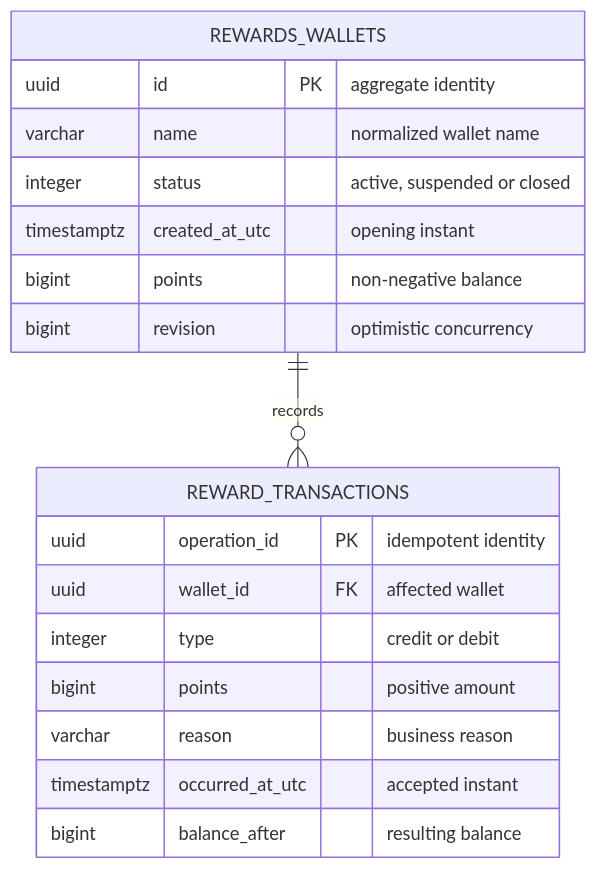
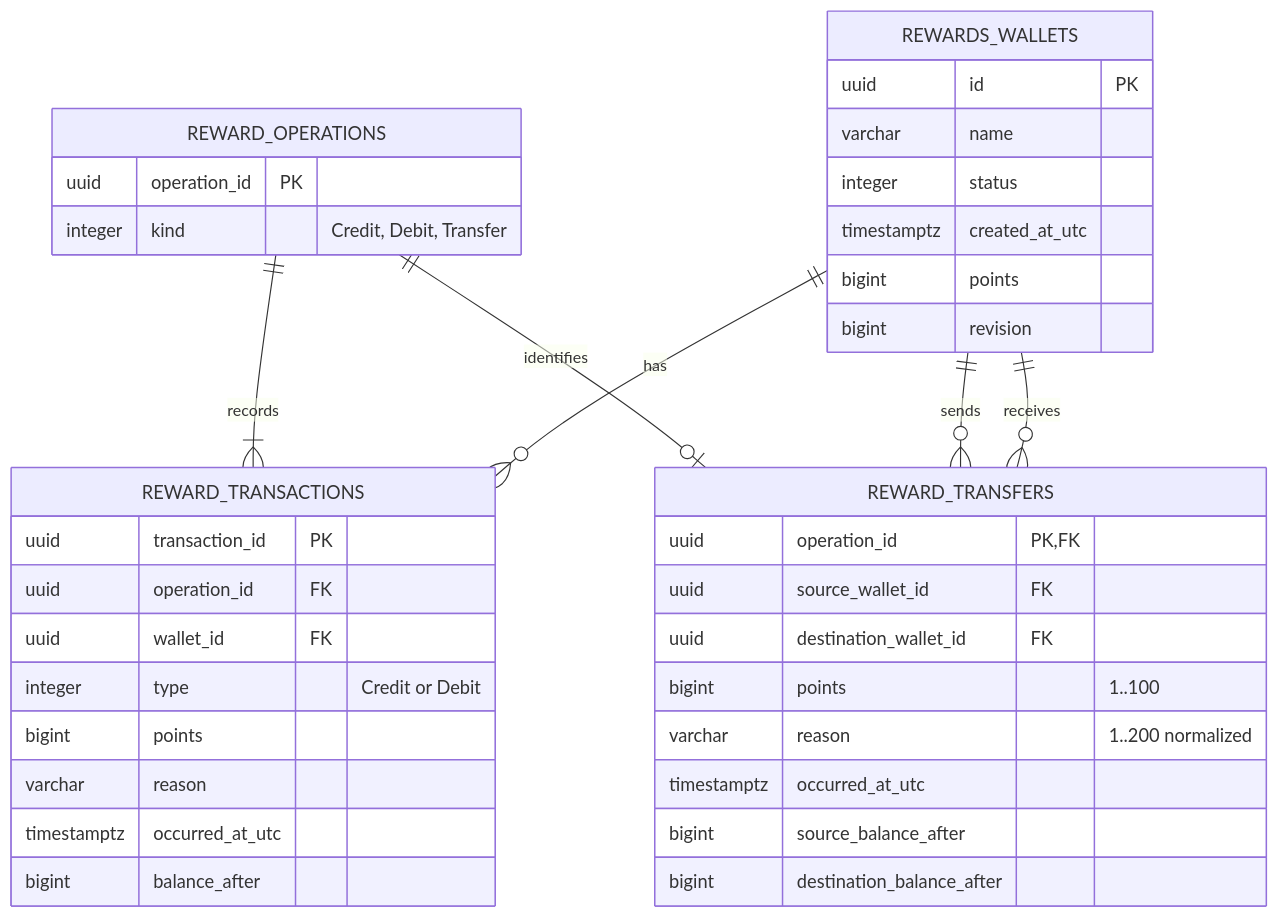
The fourth of 4 diagrams in README.md (rfulgencio3/RewardFlow.SuppleDesign), drawn with Mermaid before and after one commit. The commit also changed other lines of this file and 48 other files, not shown here.

First line of the commit message:
feat: add atomic wallet transfers with Supple Design examples (#18)

````diff
--- a/README.md
+++ b/README.md
@@ -544,21 +592,40 @@
 ```mermaid
 erDiagram
     REWARDS_WALLETS {
-        uuid id PK "aggregate identity"
-        varchar name "normalized wallet name"
-        integer status "active, suspended or closed"
-        timestamptz created_at_utc "opening instant"
-        bigint points "non-negative balance"
-        bigint revision "optimistic concurrency"
+        uuid id PK
+        varchar name
+        integer status
+        timestamptz created_at_utc
+        bigint points
+        bigint revision
+    }
+    REWARD_OPERATIONS {
+        uuid operation_id PK
+        integer kind "Credit, Debit, Transfer"
+    }
+    REWARD_TRANSFERS {
+        uuid operation_id PK,FK
+        uuid source_wallet_id FK
+        uuid destination_wallet_id FK
+        bigint points "1..100"
+        varchar reason "1..200 normalized"
+        timestamptz occurred_at_utc
+        bigint source_balance_after
+        bigint destination_balance_after
     }
     REWARD_TRANSACTIONS {
-        uuid operation_id PK "idempotent identity"
-        uuid wallet_id FK "affected wallet"
-        integer type "credit or debit"
-        bigint points "positive amount"
-        varchar reason "business reason"
-        timestamptz occurred_at_utc "accepted instant"
-        bigint balance_after "resulting balance"
+        uuid transaction_id PK
+        uuid operation_id FK
+        uuid wallet_id FK
+        integer type "Credit or Debit"
+        bigint points
+        varchar reason
+        timestamptz occurred_at_utc
+        bigint balance_after
     }
-    REWARDS_WALLETS ||--o{ REWARD_TRANSACTIONS : records
+    REWARD_OPERATIONS ||--o| REWARD_TRANSFERS : identifies
+    REWARD_OPERATIONS ||--|{ REWARD_TRANSACTIONS : records
+    REWARDS_WALLETS ||--o{ REWARD_TRANSACTIONS : has
+    REWARDS_WALLETS ||--o{ REWARD_TRANSFERS : sends
+    REWARDS_WALLETS ||--o{ REWARD_TRANSFERS : receives
 ```
````
